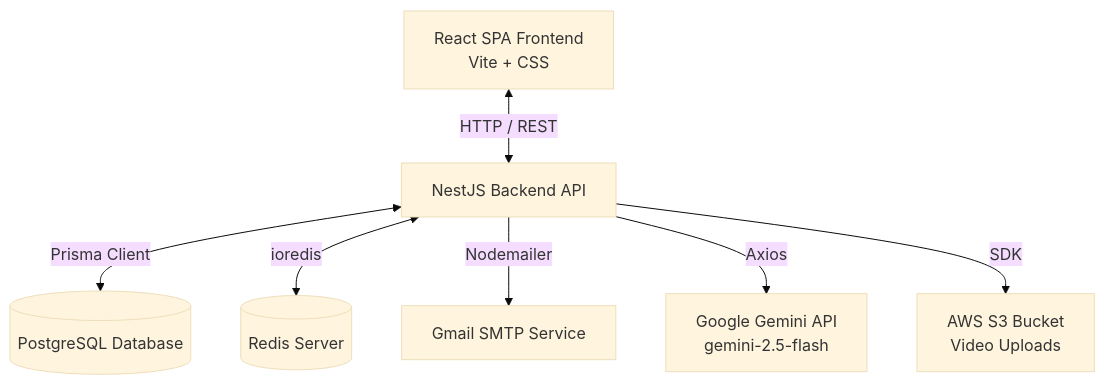
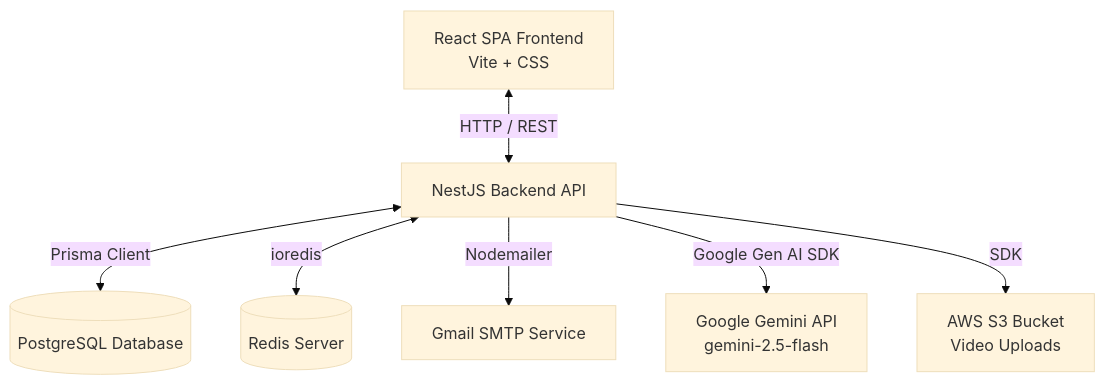
Before and after one commit to Kabilesh0214/CrackCamp: the first of 2 diagrams in README.md, drawn with Mermaid (base theme). The commit also changed other lines of this file and 9 other files, not shown here.

````diff
--- a/README.md
+++ b/README.md
@@ -13,9 +13,9 @@
 ```mermaid
 graph TD
     Client[React SPA Frontend\nVite + CSS] <-->|HTTP / REST| API[NestJS Backend API]
     API <-->|Prisma Client| DB[(PostgreSQL Database)]
     API <-->|ioredis| Cache[(Redis Server)]
     API -->|Nodemailer| SMTP[Gmail SMTP Service]
-    API -->|Axios| Gemini[Google Gemini API\ngemini-2.5-flash]
+    API -->|Google Gen AI SDK| Gemini[Google Gemini API\ngemini-2.5-flash]
     API -->|SDK| S3[AWS S3 Bucket\nVideo Uploads]
 ```
````
